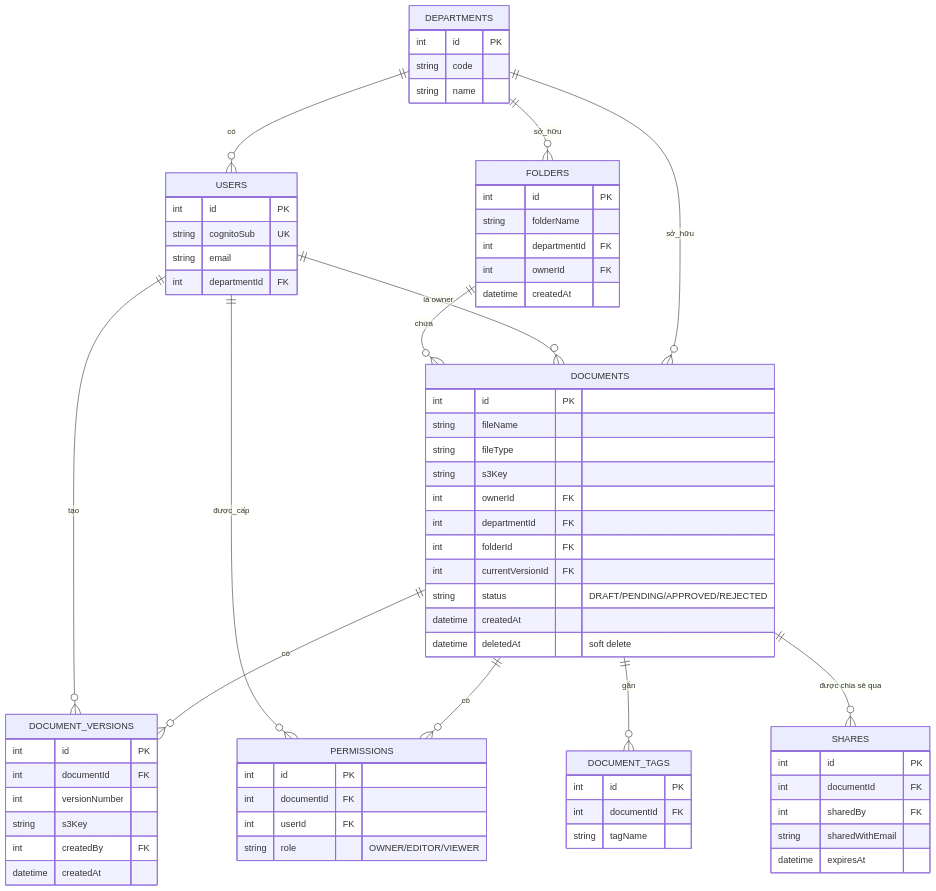
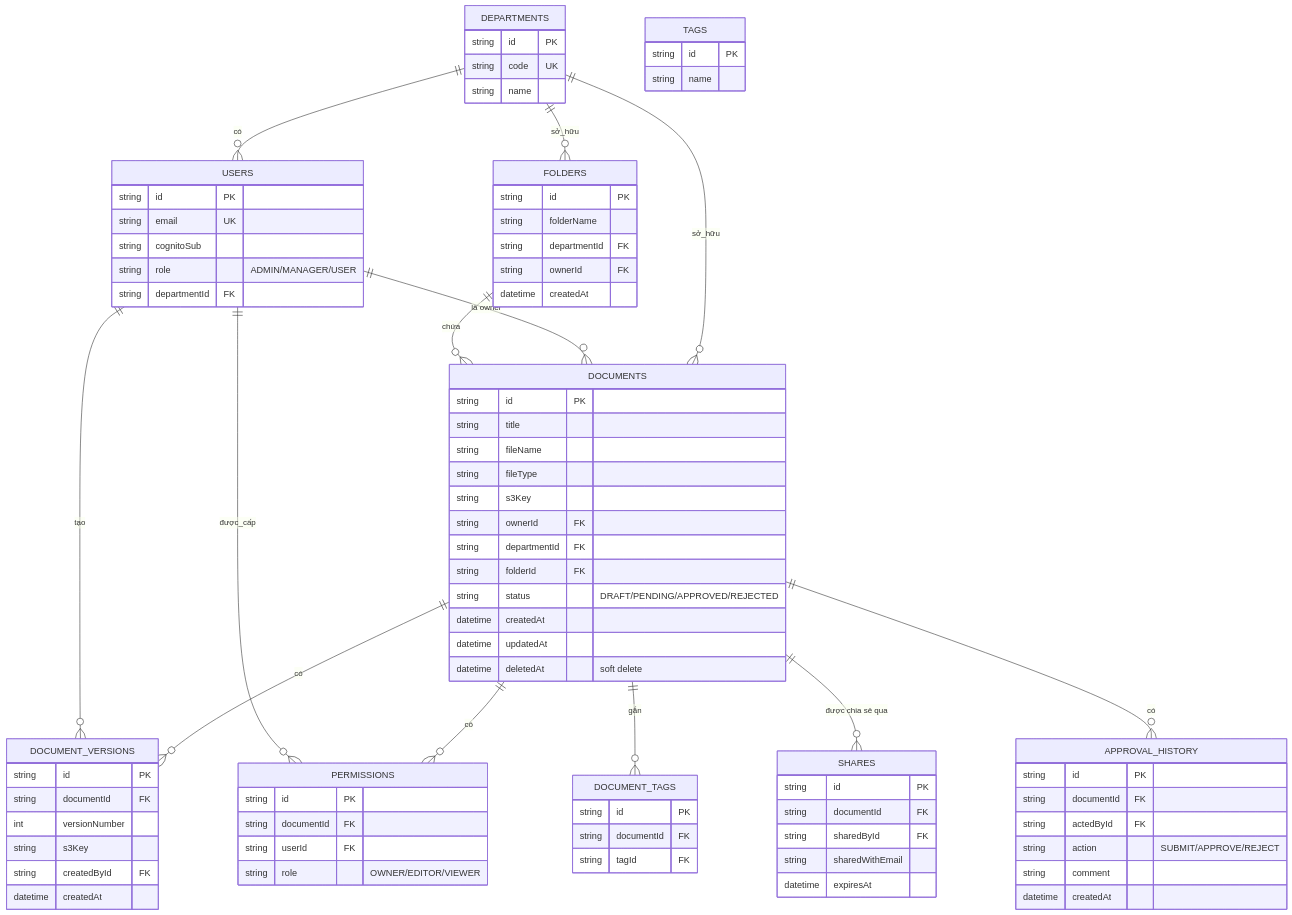
The diagram in README.md (dobason/Enterprise-Document-Collaboration-Platform), drawn with Mermaid before and after one commit. The commit also changed other lines of this file and 11 other files, not shown here.

First line of the commit message:
feat: orchestrate document approval with AWS Step Functions (waitForTaskToken)

````diff
--- a/README.md
+++ b/README.md
@@ -91,64 +83,79 @@
     DOCUMENTS ||--o{ PERMISSIONS : có
     DOCUMENTS ||--o{ DOCUMENT_TAGS : gắn
     DOCUMENTS ||--o{ SHARES : "được chia sẻ qua"
+    DOCUMENTS ||--o{ APPROVAL_HISTORY : có
     USERS ||--o{ PERMISSIONS : được_cấp
     USERS ||--o{ DOCUMENT_VERSIONS : tạo
 
     DEPARTMENTS {
-        int id PK
-        string code
+        string id PK
+        string code UK
         string name
     }
     USERS {
-        int id PK
-        string cognitoSub UK
-        string email
-        int departmentId FK
+        string id PK
+        string email UK
+        string cognitoSub
+        string role "ADMIN/MANAGER/USER"
+        string departmentId FK
     }
     FOLDERS {
-        int id PK
+        string id PK
         string folderName
-        int departmentId FK
-        int ownerId FK
+        string departmentId FK
+        string ownerId FK
         datetime createdAt
     }
     DOCUMENTS {
-        int id PK
+        string id PK
+        string title
         string fileName
         string fileType
         string s3Key
-        int ownerId FK
-        int departmentId FK
-        int folderId FK
-        int currentVersionId FK
+        string ownerId FK
+        string departmentId FK
+        string folderId FK
         string status "DRAFT/PENDING/APPROVED/REJECTED"
         datetime createdAt
+        datetime updatedAt
         datetime deletedAt "soft delete"
     }
     DOCUMENT_VERSIONS {
-        int id PK
-        int documentId FK
+        string id PK
+        string documentId FK
         int versionNumber
         string s3Key
-        int createdBy FK
+        string createdById FK
         datetime createdAt
     }
     PERMISSIONS {
-        int id PK
-        int documentId FK
-        int userId FK
+        string id PK
+        string documentId FK
+        string userId FK
         string role "OWNER/EDITOR/VIEWER"
     }
     DOCUMENT_TAGS {
-        int id PK
-        int documentId FK
-        string tagName
+        string id PK
+        string documentId FK
+        string tagId FK
+    }
+    TAGS {
+        string id PK
+        string name
     }
     SHARES {
-        int id PK
-        int documentId FK
-        int sharedBy FK
+        string id PK
+        string documentId FK
+        string sharedById FK
         string sharedWithEmail
         datetime expiresAt
     }
+    APPROVAL_HISTORY {
+        string id PK
+        string documentId FK
+        string actedById FK
+        string action "SUBMIT/APPROVE/REJECT"
+        string comment
+        datetime createdAt
+    }
 ```
````
